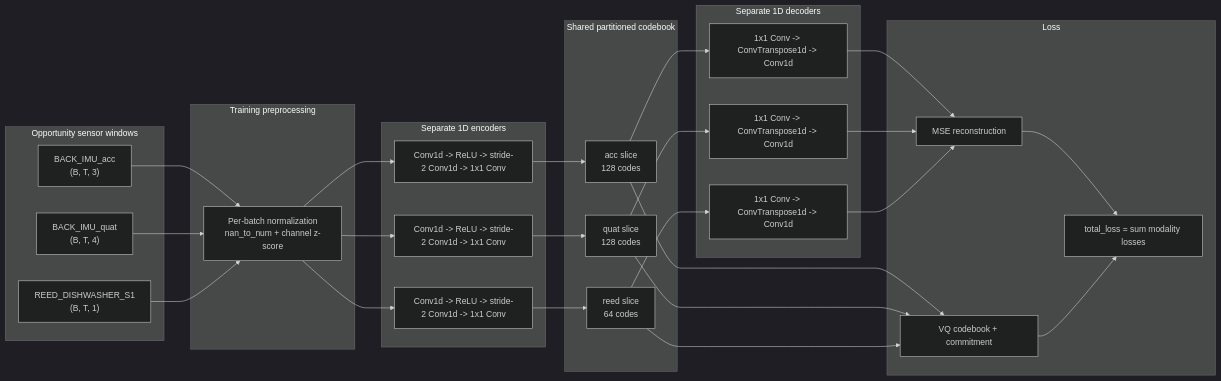
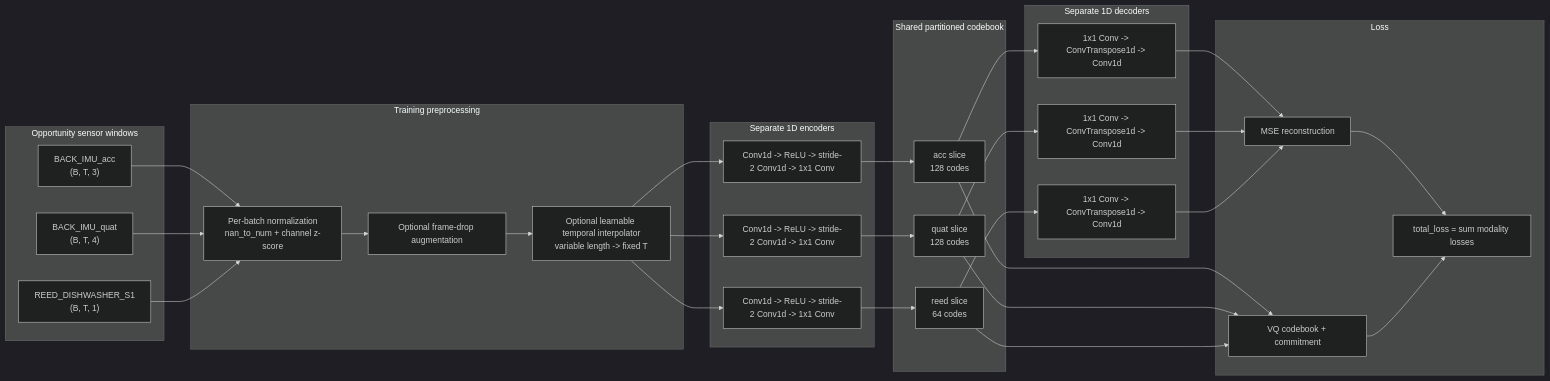
The diagram in docs/vqvae_architecture.md (lalasray/DistriXSense), drawn with Mermaid (dark theme) before and after one commit. The commit also changed other lines of this file and 4 other files, not shown here.

````diff
--- a/docs/vqvae_architecture.md
+++ b/docs/vqvae_architecture.md
@@ -5,48 +5,51 @@
 ```mermaid
 flowchart LR
     subgraph Inputs["Opportunity sensor windows"]
         A["BACK_IMU_acc<br/>(B, T, 3)"]
         Q["BACK_IMU_quat<br/>(B, T, 4)"]
         R["REED_DISHWASHER_S1<br/>(B, T, 1)"]
     end
 
     subgraph Prep["Training preprocessing"]
         N["Per-batch normalization<br/>nan_to_num + channel z-score"]
+        D["Optional frame-drop augmentation"]
+        I["Optional learnable temporal interpolator<br/>variable length -> fixed T"]
     end
 
     subgraph Encoders["Separate 1D encoders"]
         EA["Conv1d -> ReLU -> stride-2 Conv1d -> 1x1 Conv"]
         EQ["Conv1d -> ReLU -> stride-2 Conv1d -> 1x1 Conv"]
         ER["Conv1d -> ReLU -> stride-2 Conv1d -> 1x1 Conv"]
     end
 
     subgraph Quantizer["Shared partitioned codebook"]
         CA["acc slice<br/>128 codes"]
         CQ["quat slice<br/>128 codes"]
         CR["reed slice<br/>64 codes"]
     end
 
     subgraph Decoders["Separate 1D decoders"]
         DA["1x1 Conv -> ConvTranspose1d -> Conv1d"]
         DQ["1x1 Conv -> ConvTranspose1d -> Conv1d"]
         DR["1x1 Conv -> ConvTranspose1d -> Conv1d"]
     end
 
     subgraph Loss["Loss"]
         LA["MSE reconstruction"]
         LQ["VQ codebook + commitment"]
         LT["total_loss = sum modality losses"]
     end
 
     A --> N
     Q --> N
     R --> N
-    N --> EA --> CA --> DA --> LA
-    N --> EQ --> CQ --> DQ --> LA
-    N --> ER --> CR --> DR --> LA
+    N --> D --> I
+    I --> EA --> CA --> DA --> LA
+    I --> EQ --> CQ --> DQ --> LA
+    I --> ER --> CR --> DR --> LA
     CA --> LQ
     CQ --> LQ
     CR --> LQ
     LA --> LT
     LQ --> LT
 ```
````
